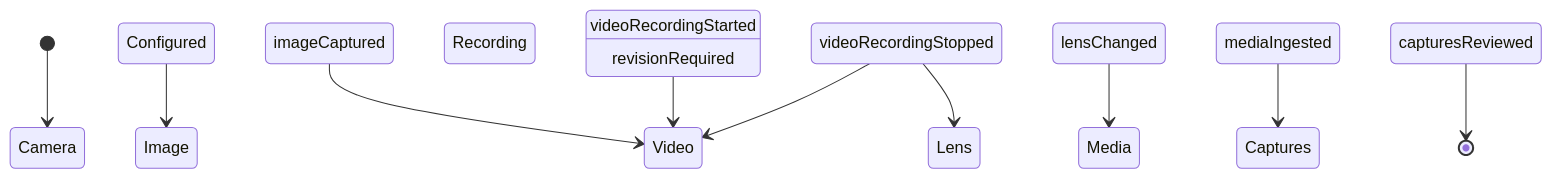
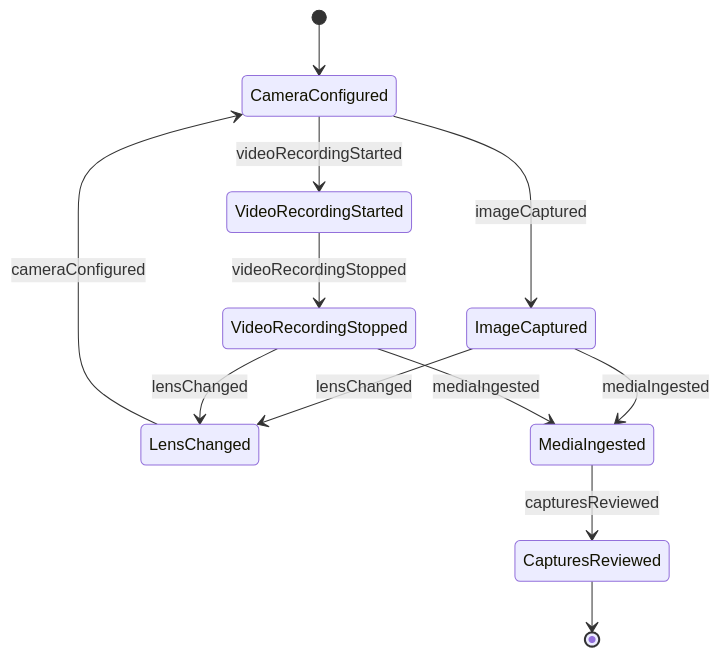
Before and after one commit to dot-org-ai/tasks.org.ai: the second of 4 diagrams in ControllingMachinesAndProcesses/OperateAudiovisualOrRelatedEquipment/OperateStillVideoCamerasRelated.mdx, drawn with Mermaid. The commit also changed other lines of this file and 515 other files, not shown here.

````diff
--- a/ControllingMachinesAndProcesses/OperateAudiovisualOrRelatedEquipment/OperateStillVideoCamerasRelated.mdx
+++ b/ControllingMachinesAndProcesses/OperateAudiovisualOrRelatedEquipment/OperateStillVideoCamerasRelated.mdx
@@ -98,12 +98,14 @@
 ```mermaid
 stateDiagram-v2
-    [*] --> Camera Configured
-    Camera Configured --> Image Captured : imageCaptured
-    Image Captured --> Video Recording Started : videoRecordingStarted
-    Video Recording Started --> Video Recording Stopped : videoRecordingStopped
-    Video Recording Stopped --> Lens Changed : lensChanged
-    Lens Changed --> Media Ingested : mediaIngested
-    Media Ingested --> Captures Reviewed : capturesReviewed
-    Video Recording Stopped --> Video Recording Started : revisionRequired
-    Captures Reviewed --> [*]
+    [*] --> CameraConfigured
+    CameraConfigured --> ImageCaptured : imageCaptured
+    CameraConfigured --> VideoRecordingStarted : videoRecordingStarted
+    VideoRecordingStarted --> VideoRecordingStopped : videoRecordingStopped
+    ImageCaptured --> LensChanged : lensChanged
+    VideoRecordingStopped --> LensChanged : lensChanged
+    LensChanged --> CameraConfigured : cameraConfigured
+    ImageCaptured --> MediaIngested : mediaIngested
+    VideoRecordingStopped --> MediaIngested : mediaIngested
+    MediaIngested --> CapturesReviewed : capturesReviewed
+    CapturesReviewed --> [*]
 ```
````
